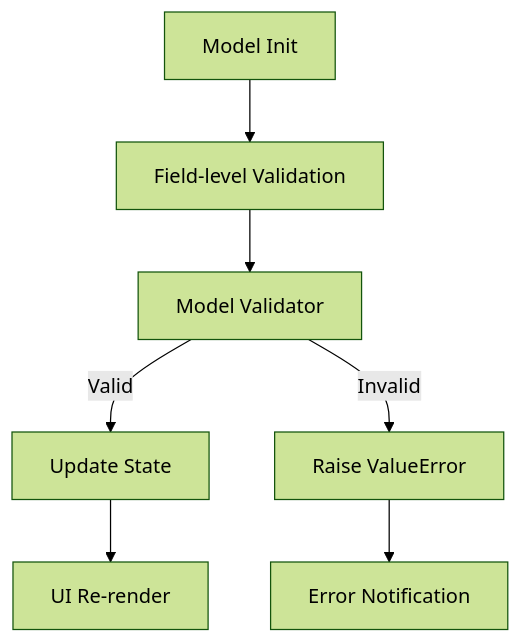
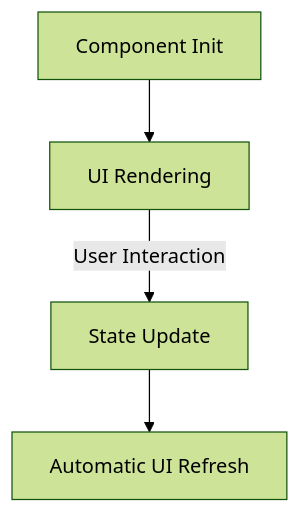
One commit to HadleyLab/nice changed the second of 2 diagrams in memory-bank/systemPatterns.md. Above: the diagram before and after it, drawn with Mermaid (forest theme). The commit also changed other lines of this file and 35 other files, not shown here.

````diff
--- a/memory-bank/systemPatterns.md
+++ b/memory-bank/systemPatterns.md
@@ -17,9 +19,6 @@
 ```mermaid
 flowchart TD
-    Init[Model Init] --> FieldCheck[Field-level Validation]
-    FieldCheck --> ModelCheck[Model Validator]
-    ModelCheck -->|Valid| StateUpdate[Update State]
-    ModelCheck -->|Invalid| Error[Raise ValueError]
-    Error --> Notify[Error Notification]
-    StateUpdate --> Render[UI Re-render]
+    Init[Component Init] --> Render[UI Rendering]
+    Render -->|User Interaction| Update[State Update]
+    Update --> ReRender[Automatic UI Refresh]
 ```
````
